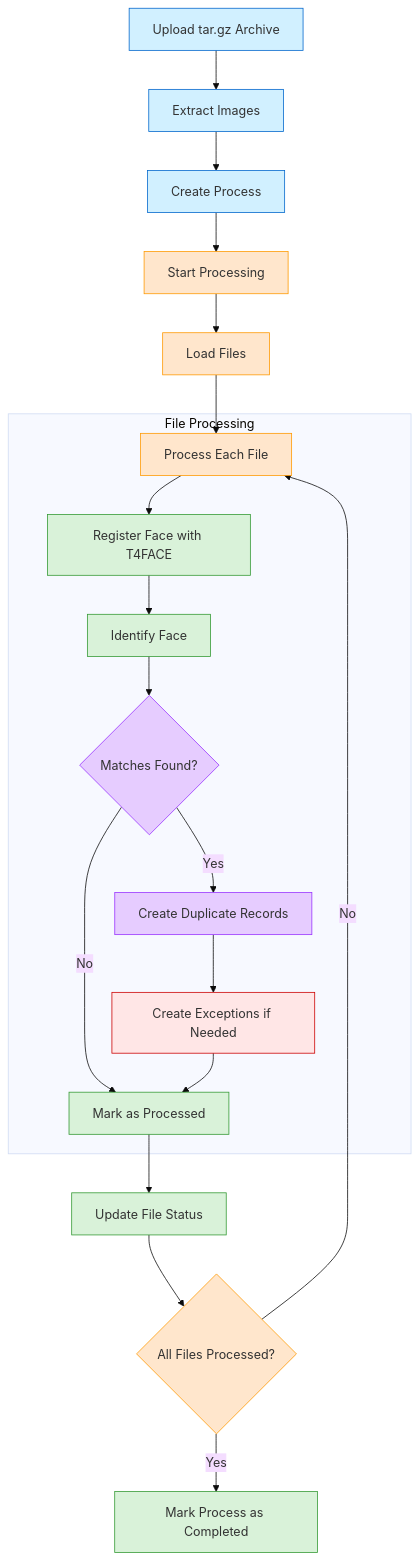
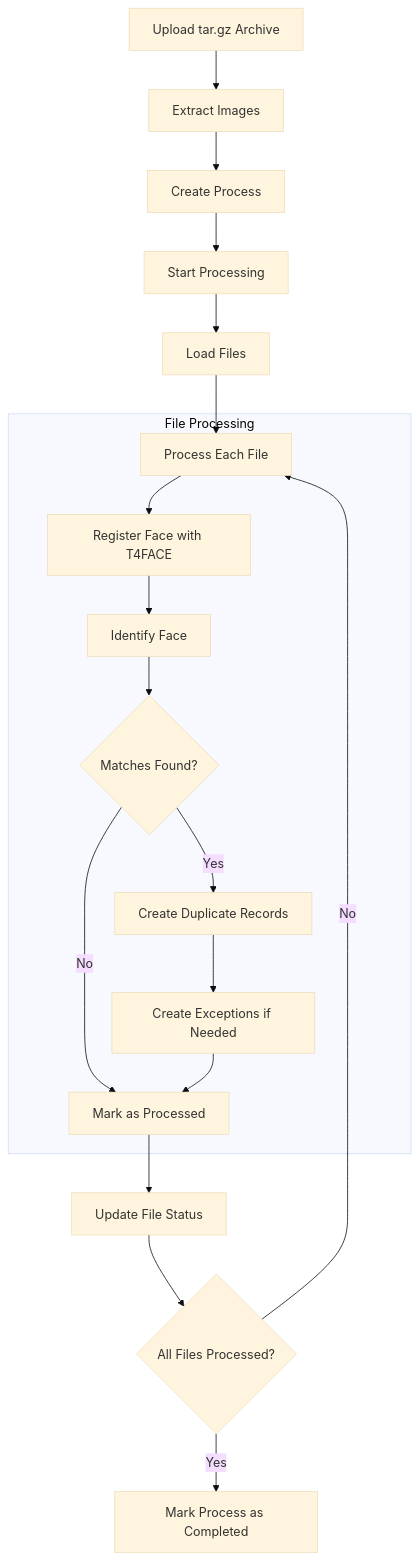
The first of 2 diagrams in Documentation/ExampleOne.md (fares1919-ltrch/Backend-stage), drawn with Mermaid (base theme) before and after one commit. The commit also changed 20 other files, not shown here.

````diff
--- a/Documentation/ExampleOne.md
+++ b/Documentation/ExampleOne.md
@@ -21,40 +21,26 @@
 ```mermaid
 flowchart TD
     A[Upload tar.gz Archive] --> B[Extract Images]
     B --> C[Create Process]
     C --> D[Start Processing]
 
     D --> E[Load Files]
     E --> F[Process Each File]
 
     subgraph "File Processing"
         F --> G[Register Face with T4FACE]
         G --> H[Identify Face]
         H --> I{Matches Found?}
         I -->|Yes| J[Create Duplicate Records]
         I -->|No| K[Mark as Processed]
         J --> L[Create Exceptions if Needed]
         L --> K
     end
 
     K --> M[Update File Status]
     M --> N{All Files Processed?}
     N -->|No| F
     N -->|Yes| O[Mark Process as Completed]
 
-    style A fill:#d1f0ff,stroke:#0066cc
-    style B fill:#d1f0ff,stroke:#0066cc
-    style C fill:#d1f0ff,stroke:#0066cc
-    style D fill:#ffe6cc,stroke:#ff9900
-    style E fill:#ffe6cc,stroke:#ff9900
-    style F fill:#ffe6cc,stroke:#ff9900
-    style G fill:#d9f2d9,stroke:#339933
-    style H fill:#d9f2d9,stroke:#339933
-    style I fill:#e6ccff,stroke:#9933ff
-    style J fill:#e6ccff,stroke:#9933ff
-    style K fill:#d9f2d9,stroke:#339933
-    style L fill:#ffe6e6,stroke:#cc0000
-    style M fill:#d9f2d9,stroke:#339933
-    style N fill:#ffe6cc,stroke:#ff9900
-    style O fill:#d9f2d9,stroke:#339933
+
 ```
````
